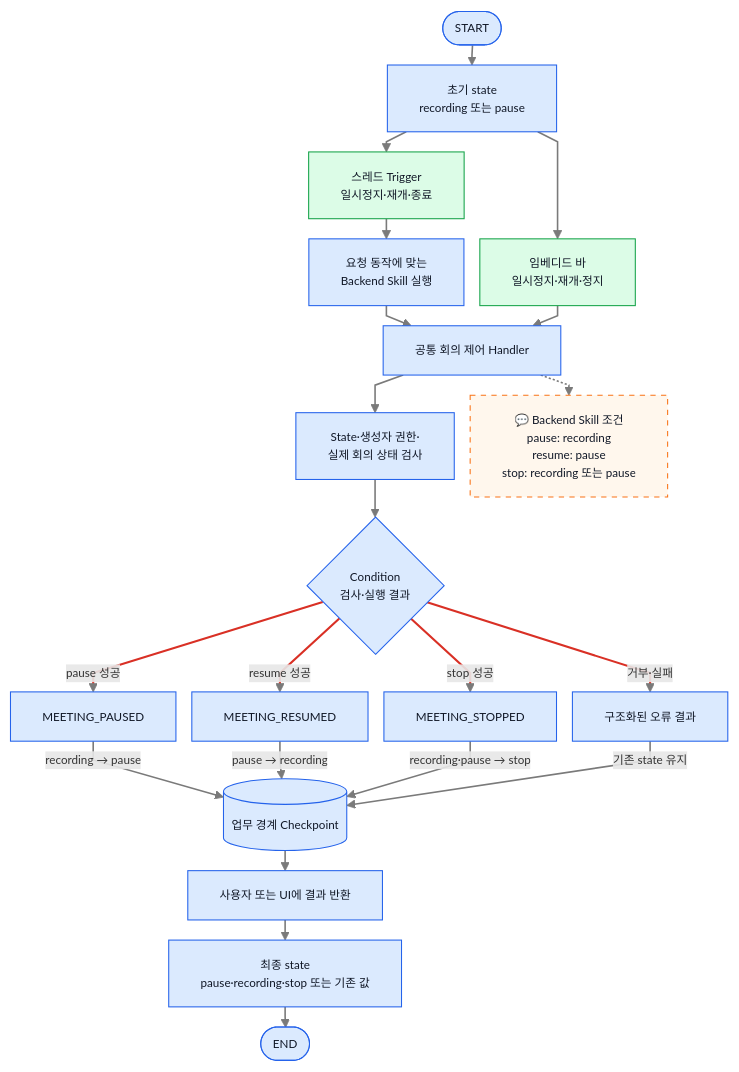
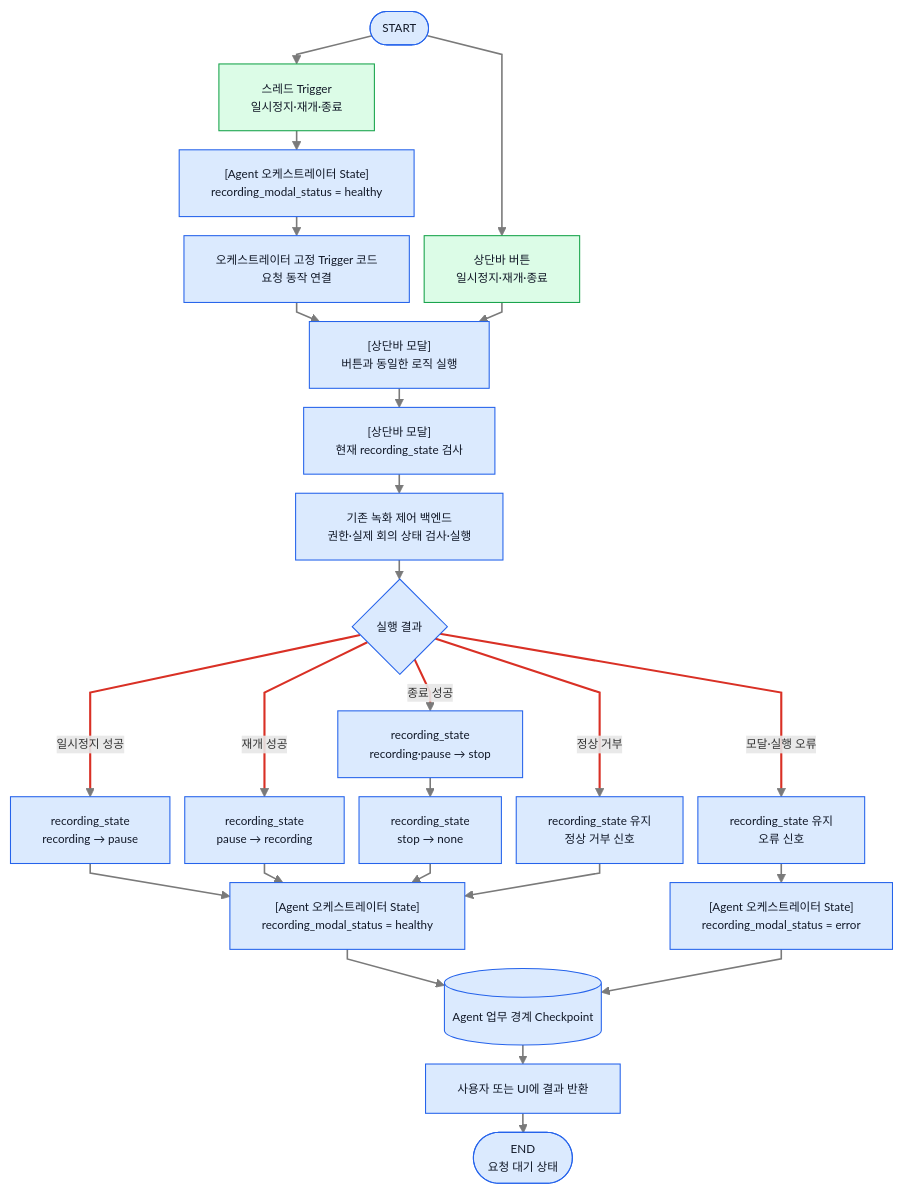
The fourth of 8 diagrams in ZENAI/에이전트 설계/회의록 에이전트 설계/1-2. 회의록 에이전트 워크플로우 Graph 상세.md (ericyum/Obsidian), drawn with Mermaid before and after one commit. The commit also changed other lines of this file and 5 other files, not shown here.

````diff
--- a/ZENAI/에이전트 설계/회의록 에이전트 설계/1-2. 회의록 에이전트 워크플로우 Graph 상세.md
+++ b/ZENAI/에이전트 설계/회의록 에이전트 설계/1-2. 회의록 에이전트 워크플로우 Graph 상세.md
@@ -244,32 +263,34 @@
 ```mermaid
-%%{init: {"flowchart": {"useMaxWidth": true, "nodeSpacing": 15, "rankSpacing": 19, "curve": "linear"}, "themeVariables": {"fontSize": "11px"}}}%%
+%%{init: {"flowchart": {"useMaxWidth": true, "nodeSpacing": 14, "rankSpacing": 18, "curve": "linear"}, "themeVariables": {"fontSize": "11px"}}}%%
 flowchart TB
-    S(["START"]) --> IS["초기 state<br/>recording 또는 pause"]
-    IS --> U["스레드 Trigger<br/>일시정지·재개·종료"]
-    IS --> UI["임베디드 바<br/>일시정지·재개·정지"]
-    U --> SK["요청 동작에 맞는<br/>Backend Skill 실행"]
-    SK --> HD["공통 회의 제어 Handler"]
-    UI --> HD
-    HD --> V["State·생성자 권한·<br/>실제 회의 상태 검사"]
-    V --> C{"Condition<br/>검사·실행 결과"}
-    C -->|"pause 성공"| EP["MEETING_PAUSED"]
-    C -->|"resume 성공"| ER["MEETING_RESUMED"]
-    C -->|"stop 성공"| ES["MEETING_STOPPED"]
-    C -->|"거부·실패"| EF["구조화된 오류 결과"]
-    EP -->|"recording → pause"| CP[("업무 경계 Checkpoint")]
-    ER -->|"pause → recording"| CP
-    ES -->|"recording·pause → stop"| CP
-    EF -->|"기존 state 유지"| CP
-    CP --> R["사용자 또는 UI에 결과 반환"]
-    R --> FS["최종 state<br/>pause·recording·stop 또는 기존 값"]
-    FS --> E(["END"])
-    HD -.-> N2["💬 Backend Skill 조건<br/>pause: recording<br/>resume: pause<br/>stop: recording 또는 pause"]
+    S(["START"]) --> U["스레드 Trigger<br/>일시정지·재개·종료"]
+    S --> UI["상단바 버튼<br/>일시정지·재개·종료"]
+    U --> AS["[Agent 오케스트레이터 State]<br/>recording_modal_status = healthy"]
+    AS --> T["오케스트레이터 고정 Trigger 코드<br/>요청 동작 연결"]
+    T --> M["[상단바 모달]<br/>버튼과 동일한 로직 실행"]
+    UI --> M
+    M --> MS["[상단바 모달]<br/>현재 recording_state 검사"]
+    MS --> B["기존 녹화 제어 백엔드<br/>권한·실제 회의 상태 검사·실행"]
+    B --> C{"실행 결과"}
+    C -->|"일시정지 성공"| P["recording_state<br/>recording → pause"]
+    C -->|"재개 성공"| R["recording_state<br/>pause → recording"]
+    C -->|"종료 성공"| X["recording_state<br/>recording·pause → stop"]
+    C -->|"정상 거부"| J["recording_state 유지<br/>정상 거부 신호"]
+    C -->|"모달·실행 오류"| ER["recording_state 유지<br/>오류 신호"]
+    P --> H["[Agent 오케스트레이터 State]<br/>recording_modal_status = healthy"]
+    R --> H
+    X --> N["recording_state<br/>stop → none"]
+    N --> H
+    J --> H
+    ER --> F["[Agent 오케스트레이터 State]<br/>recording_modal_status = error"]
+    H --> CP[("Agent 업무 경계 Checkpoint")]
+    F --> CP
+    CP --> OUT["사용자 또는 UI에 결과 반환"]
+    OUT --> E(["END<br/>요청 대기 상태"])
     classDef user fill:#dcfce7,stroke:#16a34a,color:#111827;
     classDef internal fill:#dbeafe,stroke:#2563eb,color:#111827;
-    classDef note fill:#fff7ed,stroke:#f97316,color:#111827,stroke-dasharray:5 5;
     class U,UI user;
-    class N2 note;
-    class S,IS,SK,HD,V,C,EP,ER,ES,EF,CP,R,FS,E internal;
+    class S,AS,T,M,MS,B,C,P,R,X,N,J,ER,H,F,CP,OUT,E internal;
     linkStyle default stroke:#7a7a7a,stroke-width:1.5px;
-    linkStyle 8,9,10,11 stroke:#d93025,stroke-width:2px;
+    linkStyle 9,10,11,12,13 stroke:#d93025,stroke-width:2px;
 ```
````
